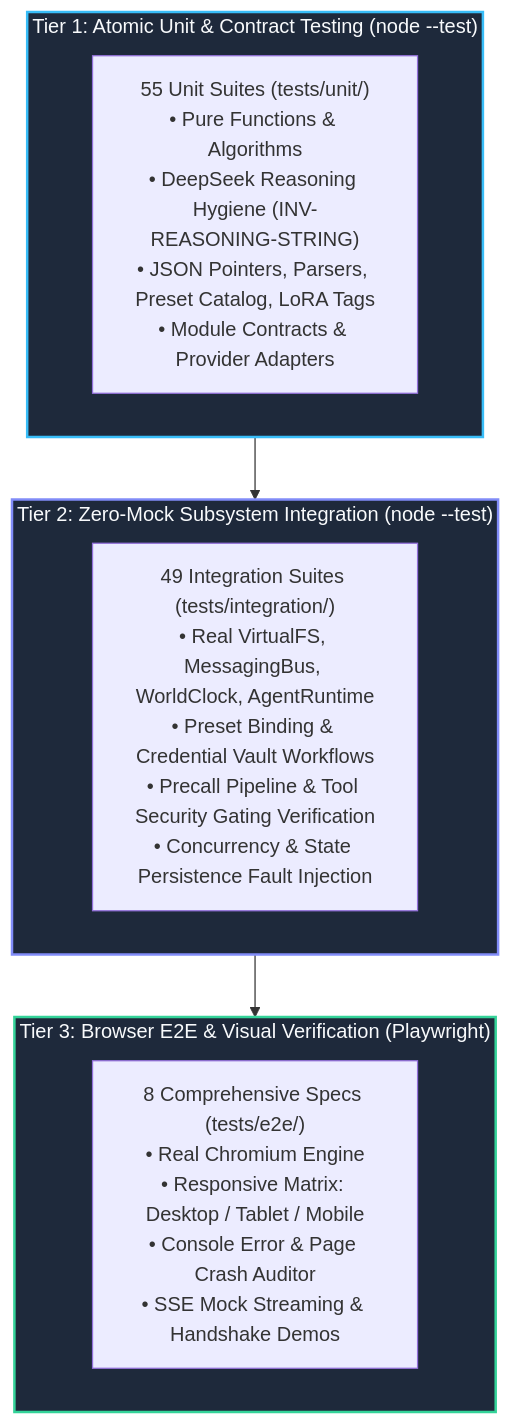
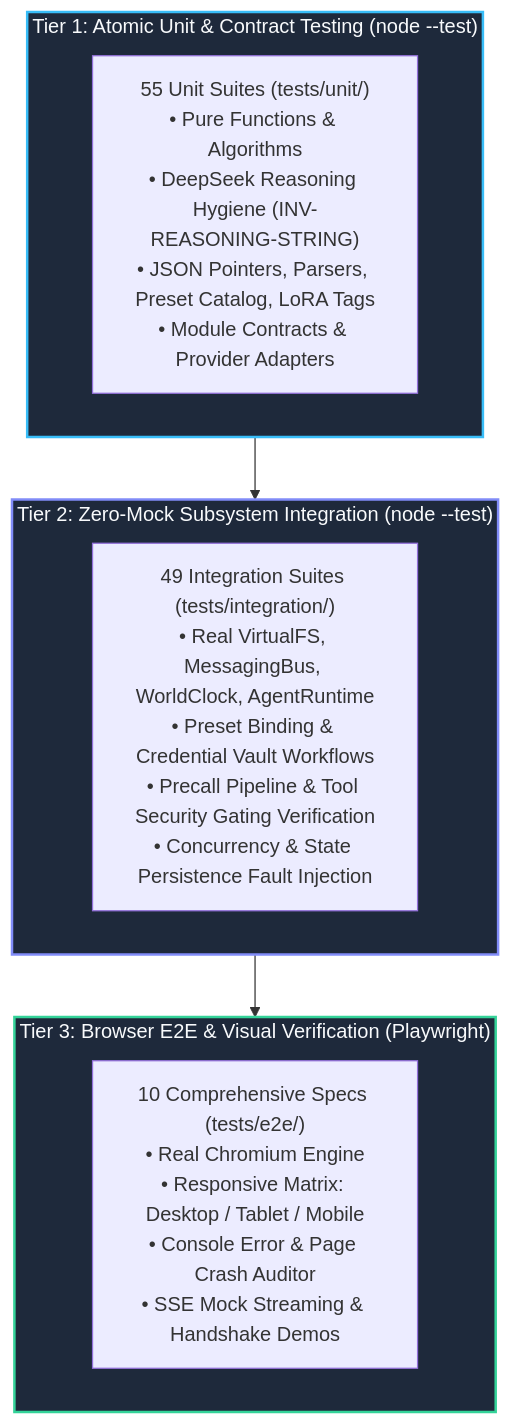
The first of 3 diagrams in docs/testing/testing_strategy.md (crestfallnafterdark/nightcurtain), drawn with Mermaid before and after one commit. The commit also changed other lines of this file and 2 other files, not shown here.

````diff
--- a/docs/testing/testing_strategy.md
+++ b/docs/testing/testing_strategy.md
@@ -15,24 +15,24 @@
 ```mermaid
 graph TD
     subgraph L3["Tier 3: Browser E2E & Visual Verification (Playwright)"]
-        E2E["8 Comprehensive Specs (tests/e2e/)<br/>• Real Chromium Engine<br/>• Responsive Matrix: Desktop / Tablet / Mobile<br/>• Console Error & Page Crash Auditor<br/>• SSE Mock Streaming & Handshake Demos"]
+        E2E["10 Comprehensive Specs (tests/e2e/)<br/>• Real Chromium Engine<br/>• Responsive Matrix: Desktop / Tablet / Mobile<br/>• Console Error & Page Crash Auditor<br/>• SSE Mock Streaming & Handshake Demos"]
     end
 
     subgraph L2["Tier 2: Zero-Mock Subsystem Integration (node --test)"]
         INT["49 Integration Suites (tests/integration/)<br/>• Real VirtualFS, MessagingBus, WorldClock, AgentRuntime<br/>• Preset Binding & Credential Vault Workflows<br/>• Precall Pipeline & Tool Security Gating Verification<br/>• Concurrency & State Persistence Fault Injection"]
     end
 
     subgraph L1["Tier 1: Atomic Unit & Contract Testing (node --test)"]
         UNIT["55 Unit Suites (tests/unit/)<br/>• Pure Functions & Algorithms<br/>• DeepSeek Reasoning Hygiene (INV-REASONING-STRING)<br/>• JSON Pointers, Parsers, Preset Catalog, LoRA Tags<br/>• Module Contracts & Provider Adapters"]
     end
 
     L1 --> L2
     L2 --> L3
 
     classDef l1 fill:#1e293b,stroke:#38bdf8,stroke-width:2px,color:#f8fafc;
     classDef l2 fill:#1e293b,stroke:#818cf8,stroke-width:2px,color:#f8fafc;
     classDef l3 fill:#1e293b,stroke:#34d399,stroke-width:2px,color:#f8fafc;
     class L1 l1;
     class L2 l2;
     class L3 l3;
 ```
````
